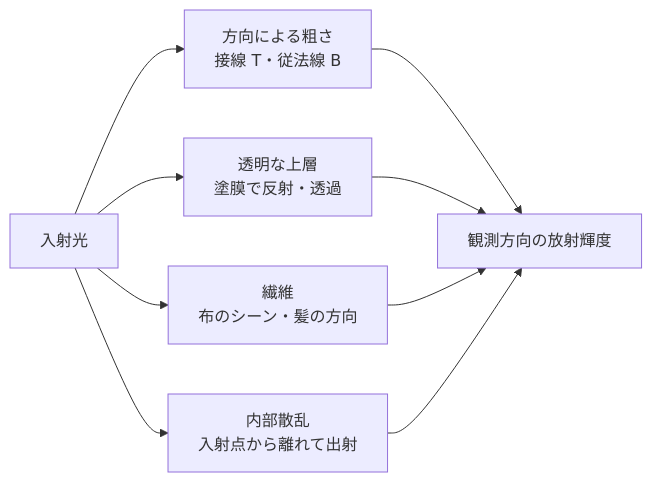
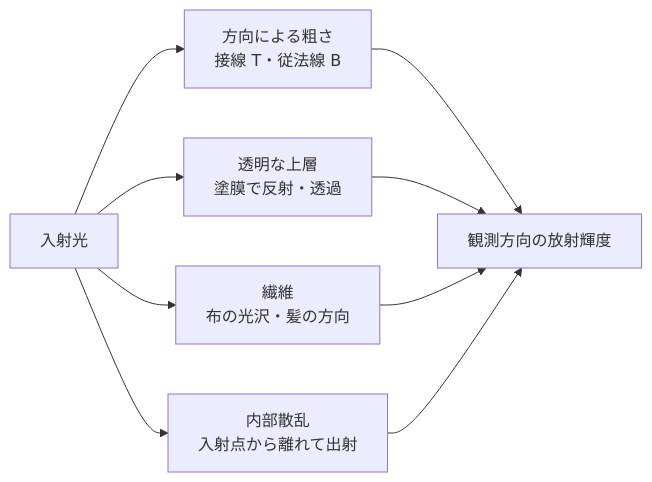
One commit to sny0/sny0.github.io changed the diagram in study/docs/graphics/shader/extended-material-models.md. Above: the diagram before and after it, drawn with Mermaid. The commit also changed other lines of this file and 63 other files, not shown here.

````diff
--- a/study/docs/graphics/shader/extended-material-models.md
+++ b/study/docs/graphics/shader/extended-material-models.md
@@ -23,11 +24,11 @@
 ```mermaid
 flowchart LR
     L["入射光"] --> A["方向による粗さ<br/>接線 T・従法線 B"]
     L --> C["透明な上層<br/>塗膜で反射・透過"]
-    L --> F["繊維<br/>布のシーン・髪の方向"]
+    L --> F["繊維<br/>布の光沢・髪の方向"]
     L --> S["内部散乱<br/>入射点から離れて出射"]
     A --> E["観測方向の放射輝度"]
     C --> E
     F --> E
     S --> E
 ```
````
